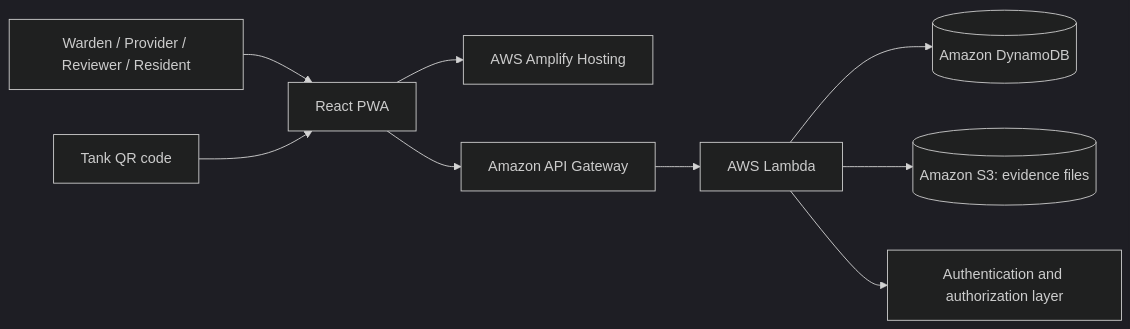
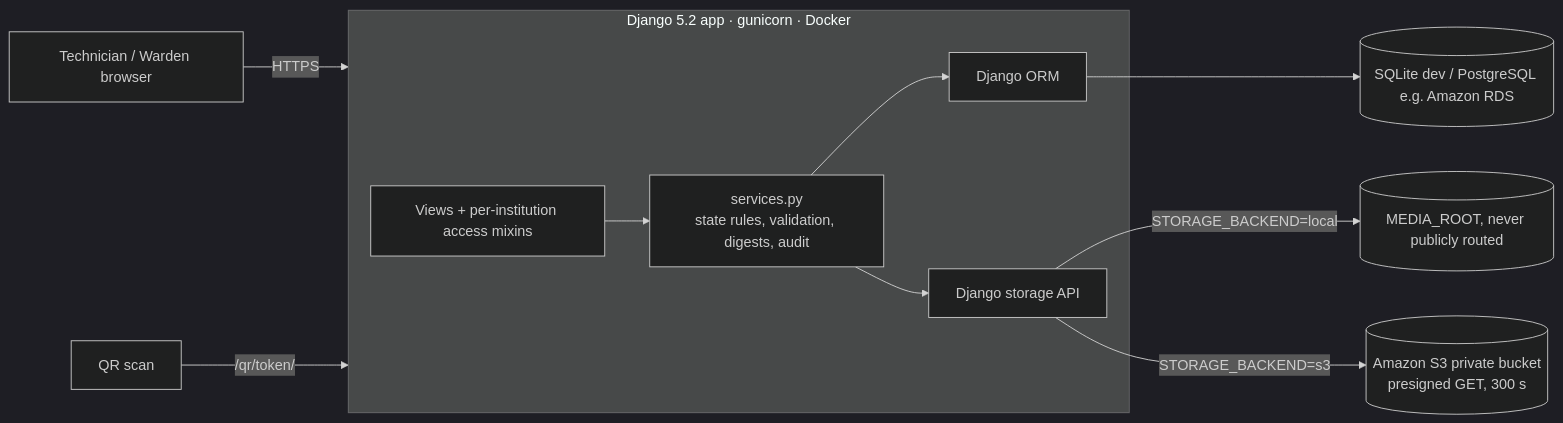
One commit to Aaditya1273/dhara changed the third of 4 diagrams in README.md. Above: the diagram before and after it, drawn with Mermaid (dark theme). The commit also changed other lines of this file and 2 other files, not shown here.

````diff
--- a/README.md
+++ b/README.md
@@ -184,11 +100,13 @@
 ```mermaid
 flowchart LR
-    U[Warden / Provider / Reviewer / Resident] --> WEB[React PWA]
-    WEB --> HOST[AWS Amplify Hosting]
-    WEB --> API[Amazon API Gateway]
-    API --> FN[AWS Lambda]
-    FN --> DB[(Amazon DynamoDB)]
-    FN --> OBJ[(Amazon S3: evidence files)]
-    FN --> AUTH[Authentication and authorization layer]
-    QR[Tank QR code] --> WEB
+    Phone[Technician / Warden browser] -->|HTTPS| App
+    Visitor[QR scan] -->|/qr/token/| App
+    subgraph App[Django 5.2 app · gunicorn · Docker]
+      Views[Views + per-institution access mixins] --> Services[services.py<br/>state rules, validation, digests, audit]
+      Services --> ORM[Django ORM]
+      Services --> Storage[Django storage API]
+    end
+    ORM --> DB[(SQLite dev / PostgreSQL e.g. Amazon RDS)]
+    Storage -->|STORAGE_BACKEND=local| Disk[(MEDIA_ROOT, never publicly routed)]
+    Storage -->|STORAGE_BACKEND=s3| S3[(Amazon S3 private bucket<br/>presigned GET, 300 s)]
 ```
````
